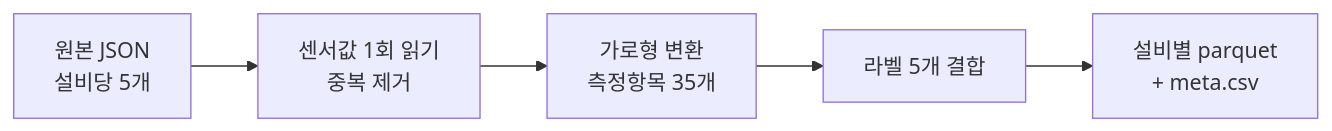
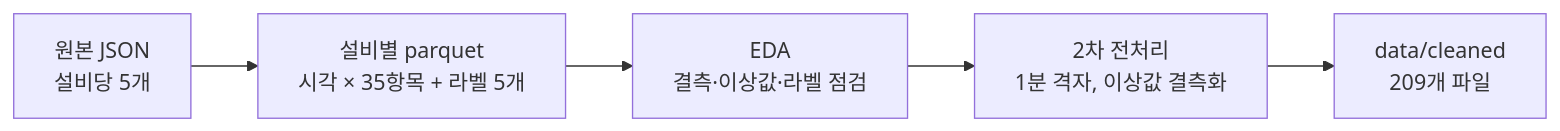
One commit to RuruPark/sch_thesis changed the diagram in README.md. Above: the diagram before and after it, drawn with Mermaid. The commit also changed other lines of this file, not shown here.

Commit message:
[문서] README에 EDA와 2차 전처리 결과 반영

````diff
--- a/README.md
+++ b/README.md
@@ -33,4 +34,4 @@
 ```mermaid
 flowchart LR
-  A[원본 JSON<br>설비당 5개] --> B[센서값 1회 읽기<br>중복 제거] --> C[가로형 변환<br>측정항목 35개] --> D[라벨 5개 결합] --> E[설비별 parquet<br>+ meta.csv]
+  A[원본 JSON<br>설비당 5개] --> B[설비별 parquet<br>시각 × 35항목 + 라벨 5개] --> C[EDA<br>결측·이상값·라벨 점검] --> D[2차 전처리<br>1분 격자, 이상값 결측화] --> E[data/cleaned<br>209개 파일]
 ```
````
